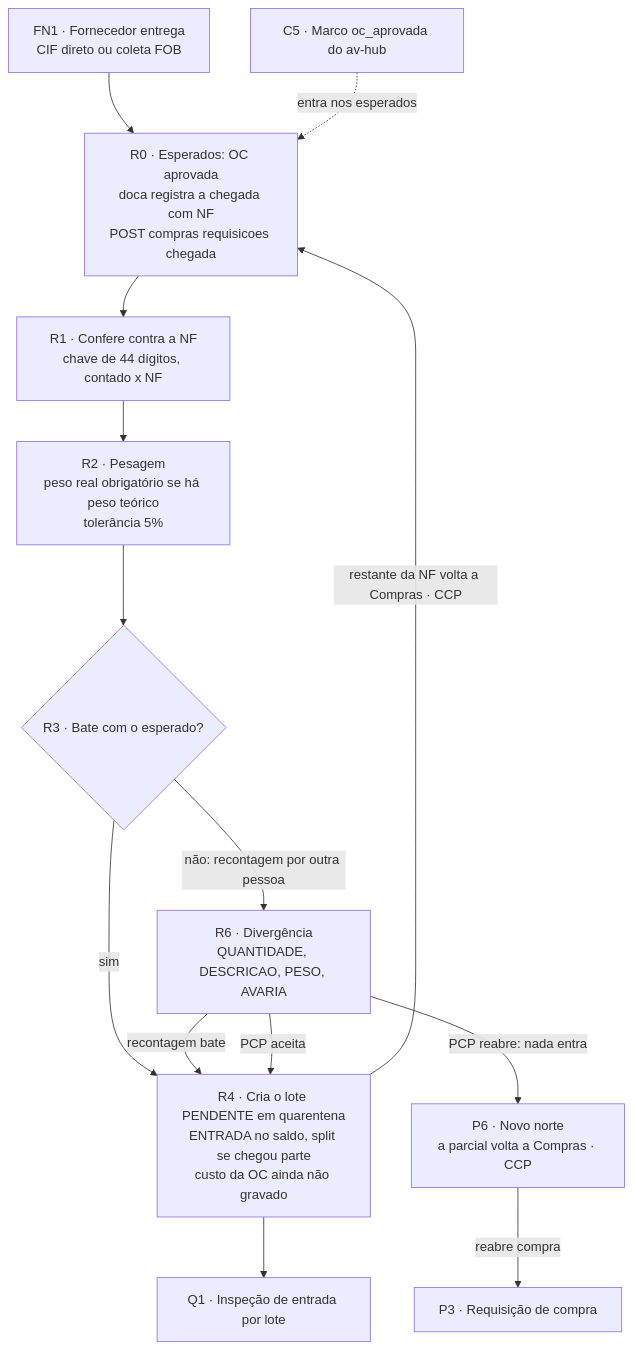
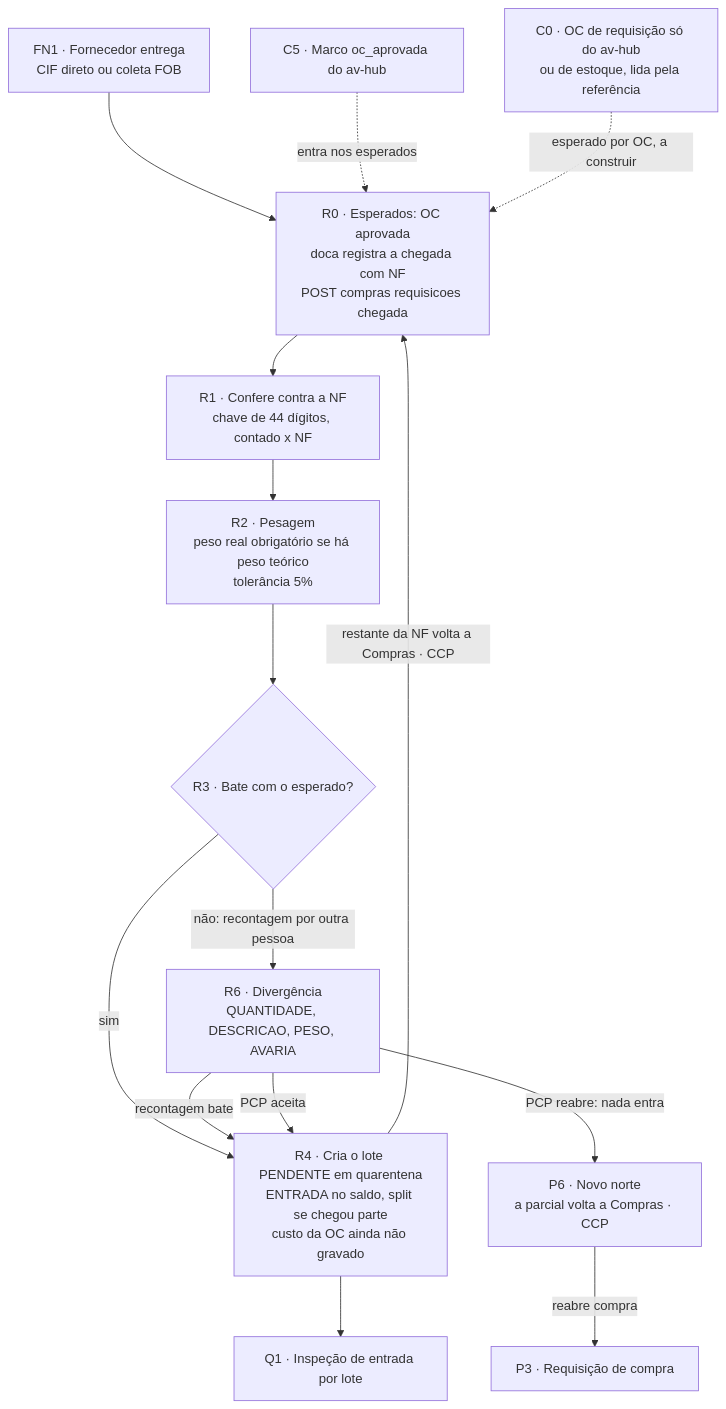
One commit to Acosvital/vault-avhub-mer changed the diagram in 02-Fluxo-de-Atividades/05-Recebimento.md. Above: the diagram before and after it, drawn with Mermaid. The commit also changed other lines of this file and 34 other files, not shown here.

````diff
--- a/02-Fluxo-de-Atividades/05-Recebimento.md
+++ b/02-Fluxo-de-Atividades/05-Recebimento.md
@@ -165,16 +178,17 @@
 ```mermaid
 flowchart TD
     FN1["FN1 · Fornecedor entrega<br/>CIF direto ou coleta FOB"] --> R0["R0 · Esperados: OC aprovada<br/>doca registra a chegada com NF<br/>POST compras requisicoes chegada"]
     C5["C5 · Marco oc_aprovada do av-hub"] -.->|"entra nos esperados"| R0
+    C0["C0 · OC de requisição só do av-hub<br/>ou de estoque, lida pela referência"] -.->|"esperado por OC, a construir"| R0
     R0 --> R1["R1 · Confere contra a NF<br/>chave de 44 dígitos, contado x NF"]
     R1 --> R2["R2 · Pesagem<br/>peso real obrigatório se há peso teórico<br/>tolerância 5%"]
     R2 --> R3{"R3 · Bate com o esperado?"}
     R3 -->|sim| R4["R4 · Cria o lote PENDENTE em quarentena<br/>ENTRADA no saldo, split se chegou parte<br/>custo da OC ainda não gravado"]
     R3 -->|"não: recontagem por outra pessoa"| R6["R6 · Divergência<br/>QUANTIDADE, DESCRICAO, PESO, AVARIA"]
     R6 -->|"recontagem bate"| R4
     R6 -->|"PCP aceita"| R4
     R6 -->|"PCP reabre: nada entra"| P6["P6 · Novo norte<br/>a parcial volta a Compras · CCP"]
     P6 -->|"reabre compra"| P3["P3 · Requisição de compra"]
     R4 -->|"restante da NF volta a Compras · CCP"| R0
     R4 --> Q1["Q1 · Inspeção de entrada por lote"]
 ```
````
